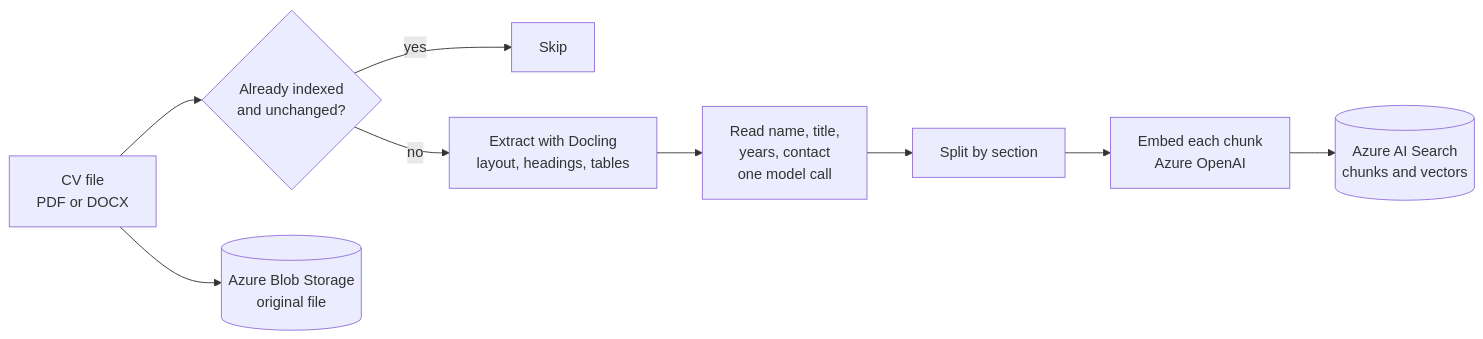
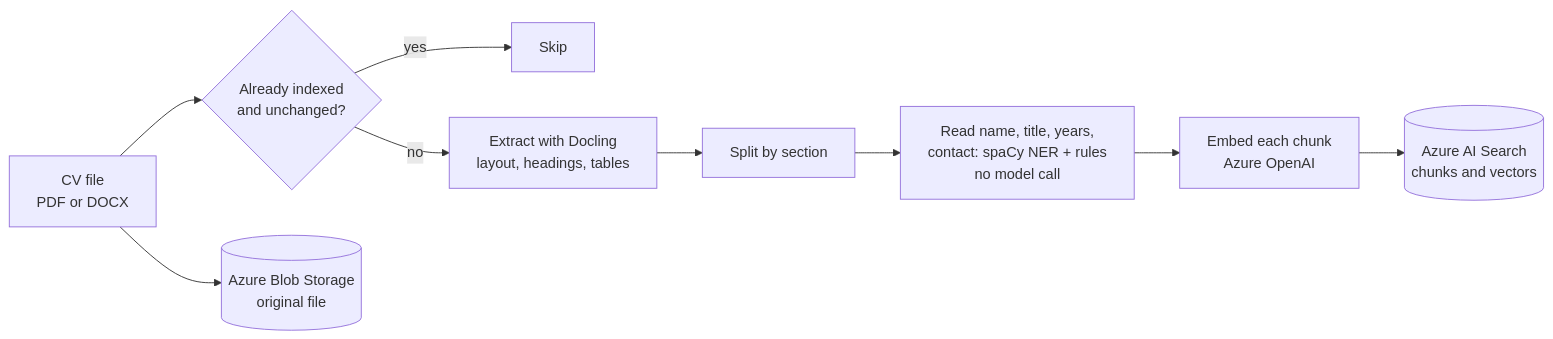
Before and after one commit to sherif2004/chat-with-cv: the first of 3 diagrams in README.md, drawn with Mermaid. The commit also changed other lines of this file and 5 other files, not shown here.

First line of the commit message:
Read a CV's name, title, years and contact with spaCy NER and rules

````diff
--- a/README.md
+++ b/README.md
@@ -61,11 +61,11 @@
 ```mermaid
 flowchart LR
     A["CV file<br/>PDF or DOCX"] --> H{"Already indexed<br/>and unchanged?"}
     H -- yes --> Z["Skip"]
     H -- no --> B["Extract with Docling<br/>layout, headings, tables"]
-    B --> M["Read name, title,<br/>years, contact<br/>one model call"]
-    M --> C["Split by section"]
-    C --> D["Embed each chunk<br/>Azure OpenAI"]
+    B --> C["Split by section"]
+    C --> M["Read name, title, years,<br/>contact: spaCy NER + rules<br/>no model call"]
+    M --> D["Embed each chunk<br/>Azure OpenAI"]
     D --> E[("Azure AI Search<br/>chunks and vectors")]
     A --> F[("Azure Blob Storage<br/>original file")]
 ```
````
